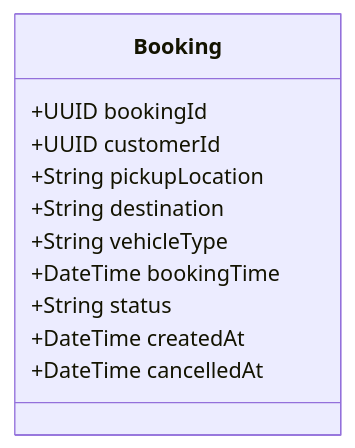
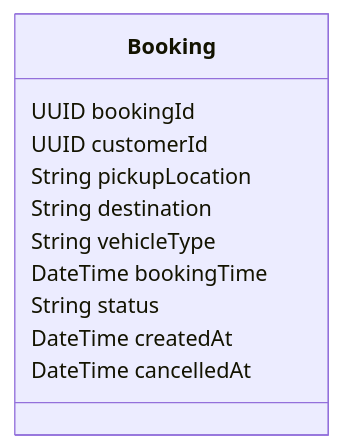
The fifth of 29 diagrams in Microservice_Design.md (Phamha0601/23680571_PhamThiThuHa_CabSystem), drawn with Mermaid before and after one commit. The commit also changed other lines of this file, not shown here.

````diff
--- a/Microservice_Design.md
+++ b/Microservice_Design.md
@@ -330,15 +329,14 @@
 ```mermaid
 classDiagram
-
     class Booking {
-        +UUID bookingId
-        +UUID customerId
-        +String pickupLocation
-        +String destination
-        +String vehicleType
-        +DateTime bookingTime
-        +String status
-        +DateTime createdAt
-        +DateTime cancelledAt
+        UUID bookingId
+        UUID customerId
+        String pickupLocation
+        String destination
+        String vehicleType
+        DateTime bookingTime
+        String status
+        DateTime createdAt
+        DateTime cancelledAt
     }
 ```
````
